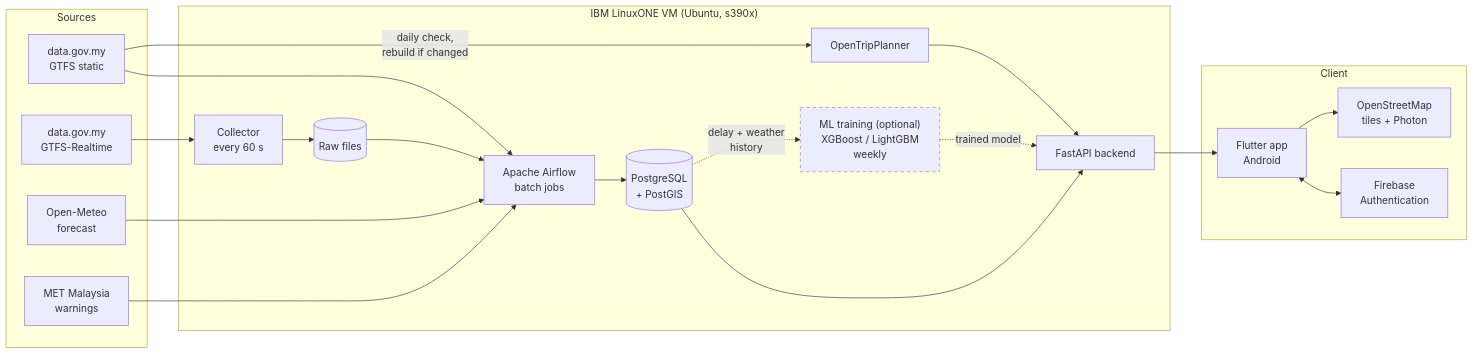
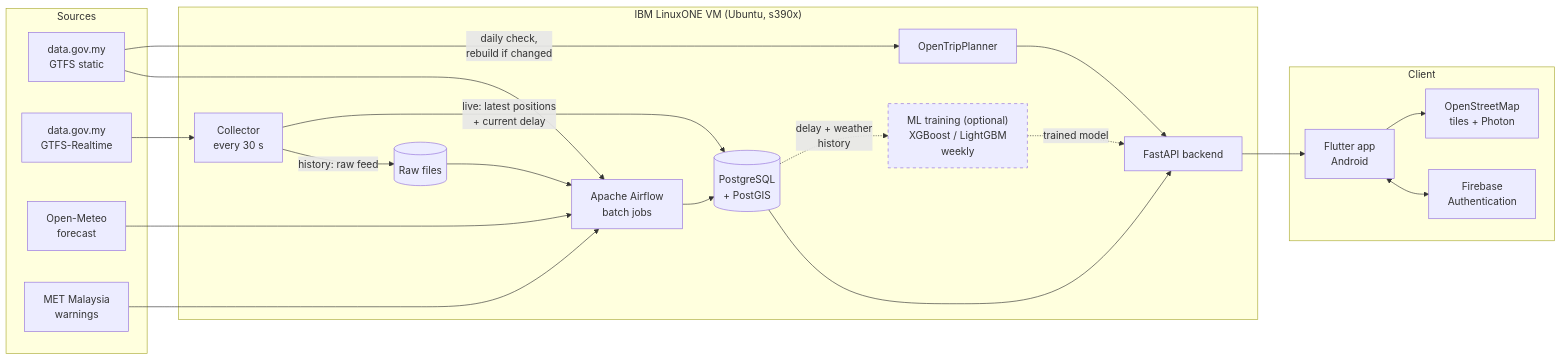
One commit to HaidarAlAttas/fyp changed the first of 2 diagrams in README.md. Above: the diagram before and after it, drawn with Mermaid. The commit also changed other lines of this file, not shown here.

````diff
--- a/README.md
+++ b/README.md
@@ -43,43 +43,45 @@
 ```mermaid
 flowchart LR
     subgraph Sources
         GTFS[data.gov.my<br/>GTFS static]
         RT[data.gov.my<br/>GTFS-Realtime]
         OM[Open-Meteo<br/>forecast]
         MET[MET Malaysia<br/>warnings]
     end
 
     subgraph Server["IBM LinuxONE VM (Ubuntu, s390x)"]
-        COL[Collector<br/>every 60 s]
+        COL[Collector<br/>every 30 s]
         RAW[(Raw files)]
         AF[Apache Airflow<br/>batch jobs]
         PG[(PostgreSQL<br/>+ PostGIS)]
         OTP[OpenTripPlanner]
         API[FastAPI backend]
         ML["ML training (optional)<br/>XGBoost / LightGBM<br/>weekly"]
     end
 
     subgraph Client
         APP[Flutter app<br/>Android]
         FB[Firebase<br/>Authentication]
         OSM[OpenStreetMap<br/>tiles + Photon]
     end
 
-    RT --> COL --> RAW
+    RT --> COL
+    COL -->|history: raw feed| RAW
+    COL -->|live: latest positions<br/>+ current delay| PG
     RAW --> AF
     GTFS --> AF
     OM --> AF
     MET --> AF
     AF --> PG
     GTFS -->|daily check,<br/>rebuild if changed| OTP
     PG --> API
     OTP --> API
     PG -.->|delay + weather<br/>history| ML
     ML -.->|trained model| API
     API --> APP
     APP <--> FB
     APP --> OSM
 
     classDef optional stroke-dasharray: 5 5
     class ML optional
 ```
````
